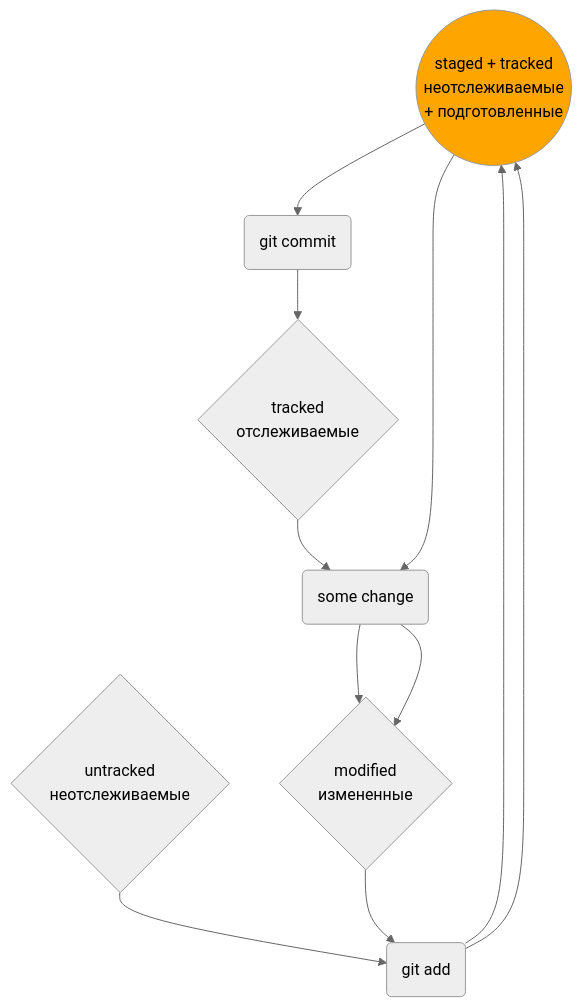
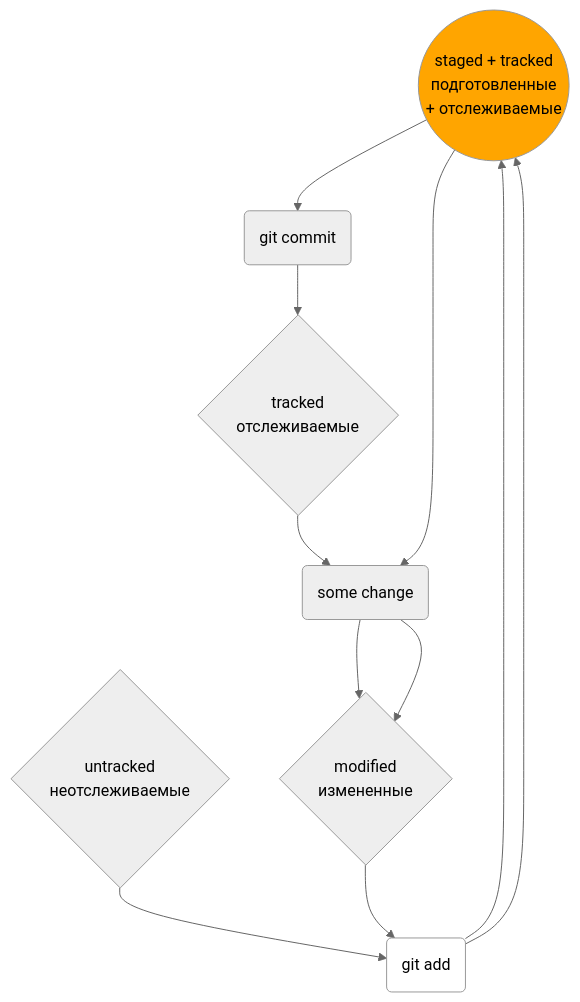
One commit to AleksandrVakarin/GitInstructionMermaid changed the diagram in README.md. Above: the diagram before and after it, drawn with Mermaid (neutral theme).

````diff
--- a/README.md
+++ b/README.md
@@ -93,20 +93,20 @@
 ```mermaid
 flowchart TD;
 	
-	stg((staged + tracked<br>неотслеживаемые<br> + подготовленные))
+	stg((staged + tracked<br>подготовленные<br> + отслеживаемые))
 	mdf{modified<br>измененные}
 	untr{untracked<br>неотслеживаемые}
 	trcd{tracked<br>отслеживаемые}
 
 	ga(git add)
 	gc(git commit)
 	sc(some change)
-	style ga gc sc fill: white
+	style ga fill: white
 
 	untr--> ga -->stg
 	stg--> gc -->trcd
 	trcd--> sc -->mdf
 	mdf--> ga -->stg
 	stg--> sc -->mdf
 	style stg fill: orange
 ```
````
